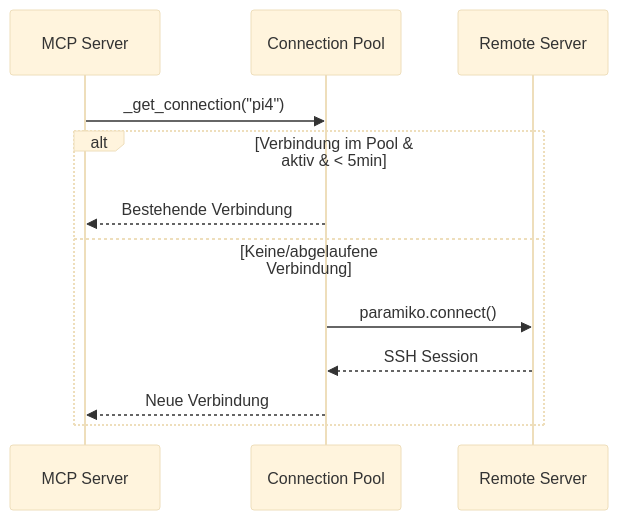
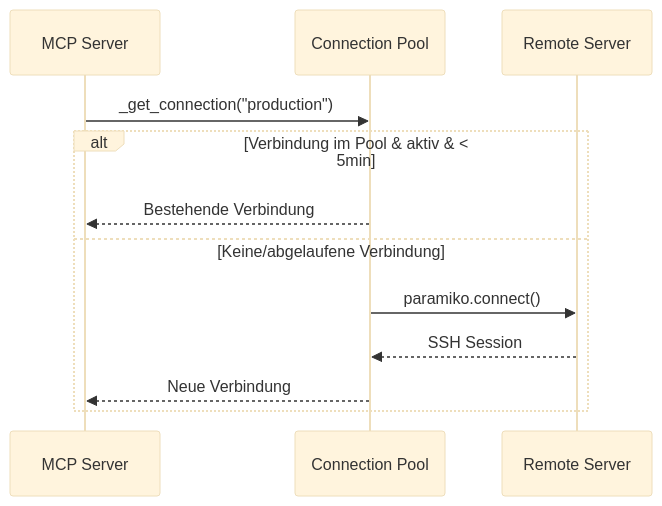
The seventh of 9 diagrams in docs/architecture.md (intershopper/remote-admin-mcp), drawn with Mermaid (base theme) before and after one commit. The commit also changed other lines of this file and 15 other files, not shown here.

````diff
--- a/docs/architecture.md
+++ b/docs/architecture.md
@@ -204,15 +220,15 @@
 ```mermaid
 sequenceDiagram
     participant MCP as MCP Server
     participant Pool as Connection Pool
     participant S as Remote Server
 
-    MCP->>Pool: _get_connection("pi4")
+    MCP->>Pool: _get_connection("production")
     alt Verbindung im Pool & aktiv & < 5min
         Pool-->>MCP: Bestehende Verbindung
     else Keine/abgelaufene Verbindung
         Pool->>S: paramiko.connect()
         S-->>Pool: SSH Session
         Pool-->>MCP: Neue Verbindung
     end
 ```
````
